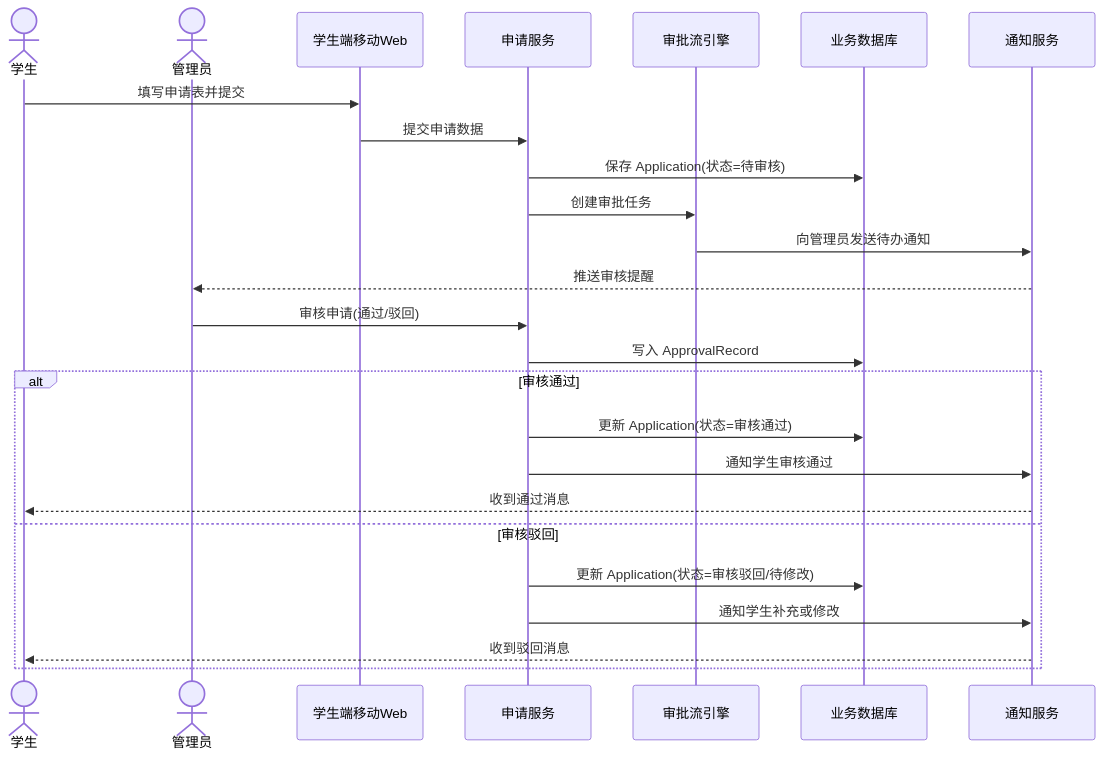
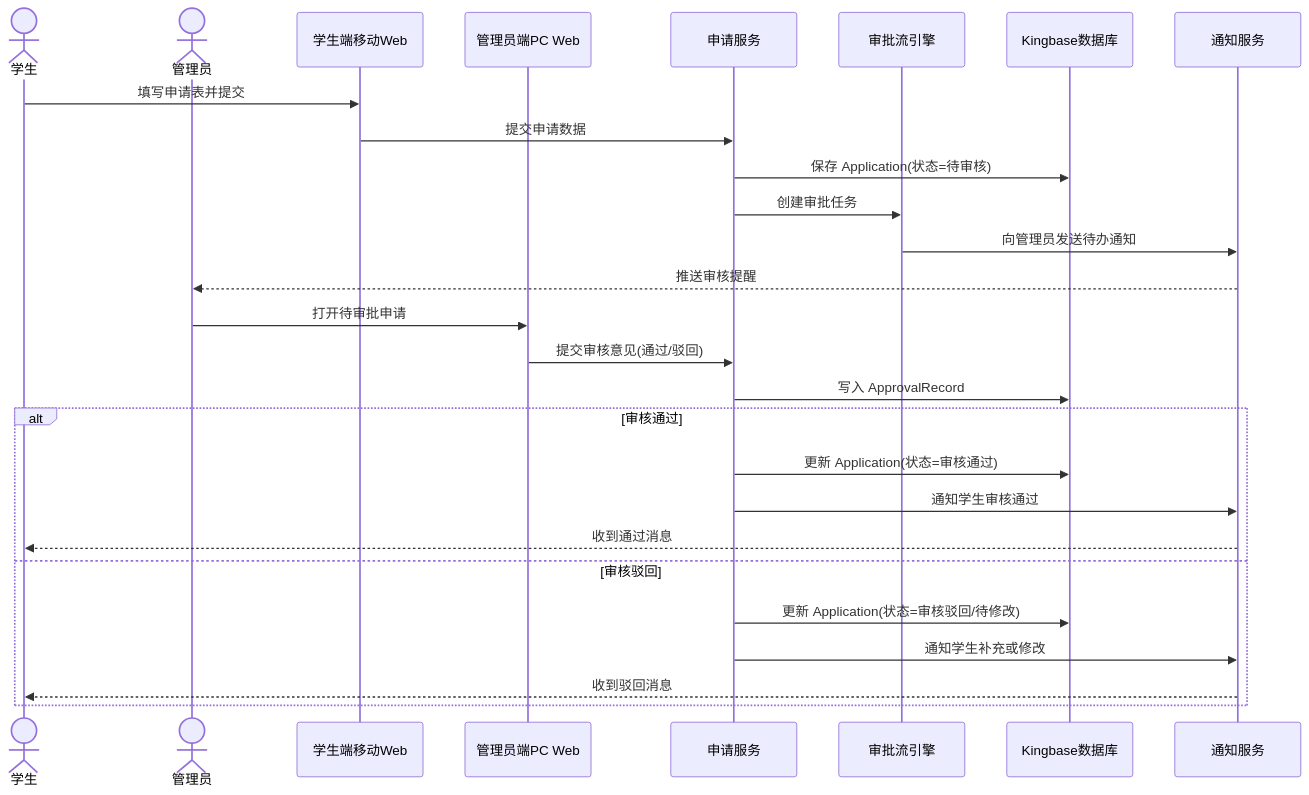
Before and after one commit to gabriellaXL/Software-engineer-team: the sixth of 15 diagrams in 软件设计文档.md, drawn with Mermaid. The commit also changed other lines of this file, not shown here.

Commit message:
完善软件设计文档图表与渲染

````diff
--- a/软件设计文档.md
+++ b/软件设计文档.md
@@ -251,30 +433,32 @@
 ```mermaid
 sequenceDiagram
     actor Student as 学生
     actor Admin as 管理员
     participant MobileWeb as 学生端移动Web
+    participant AdminWeb as 管理员端PC Web
     participant AppService as 申请服务
     participant Workflow as 审批流引擎
-    participant DB as 业务数据库
+    participant DB as Kingbase数据库
     participant Notify as 通知服务
 
     Student->>MobileWeb: 填写申请表并提交
     MobileWeb->>AppService: 提交申请数据
     AppService->>DB: 保存 Application(状态=待审核)
     AppService->>Workflow: 创建审批任务
     Workflow->>Notify: 向管理员发送待办通知
     Notify-->>Admin: 推送审核提醒
 
-    Admin->>AppService: 审核申请(通过/驳回)
+    Admin->>AdminWeb: 打开待审批申请
+    AdminWeb->>AppService: 提交审核意见(通过/驳回)
     AppService->>DB: 写入 ApprovalRecord
 
     alt 审核通过
         AppService->>DB: 更新 Application(状态=审核通过)
         AppService->>Notify: 通知学生审核通过
         Notify-->>Student: 收到通过消息
     else 审核驳回
         AppService->>DB: 更新 Application(状态=审核驳回/待修改)
         AppService->>Notify: 通知学生补充或修改
         Notify-->>Student: 收到驳回消息
     end
 ```
````
